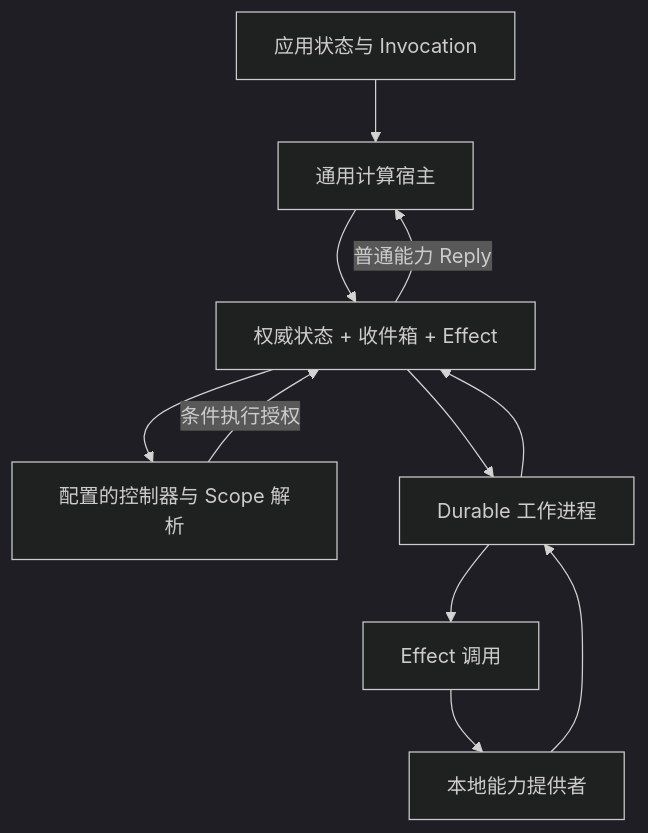
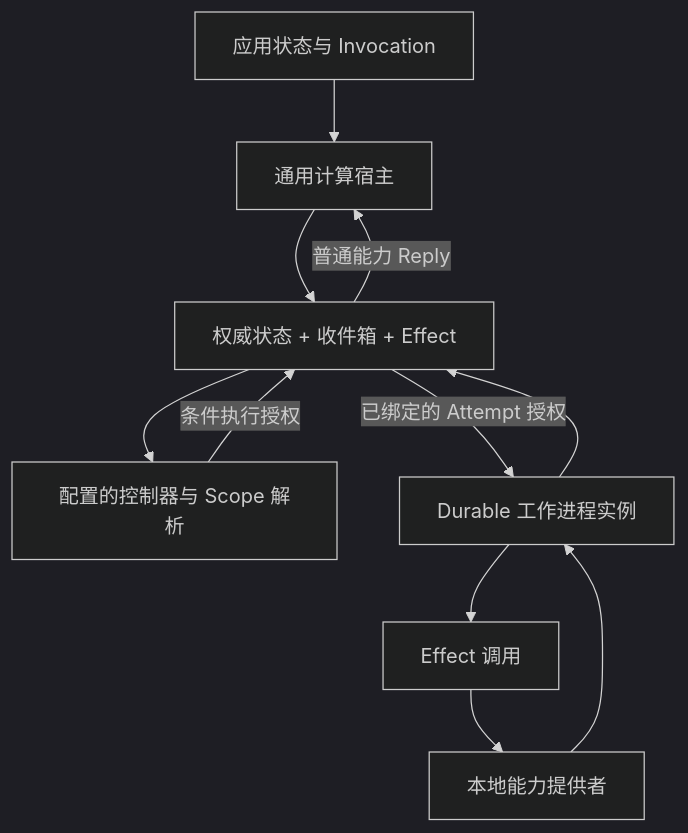
The diagram in spec/architecture/boundaries.md (Hobr/Beamlet), drawn with Mermaid (dark theme) before and after one commit. The commit also changed other lines of this file and 10 other files, not shown here.

```diff
--- a/spec/architecture/boundaries.md
+++ b/spec/architecture/boundaries.md
@@ -34,13 +34,13 @@
 ~~~mermaid
 flowchart TD
     A["应用状态与 Invocation"] --> H["通用计算宿主"]
     H --> S["权威状态 + 收件箱 + Effect"]
     S --> C["配置的控制器与 Scope 解析"]
     C -->|"条件执行授权"| S
-    S --> W["Durable 工作进程"]
+    S -->|"已绑定的 Attempt 授权"| W["Durable 工作进程实例"]
     W --> E["Effect 调用"]
     E --> P["本地能力提供者"]
     P --> W
     W --> S
     S -->|"普通能力 Reply"| H
 ~~~
```
